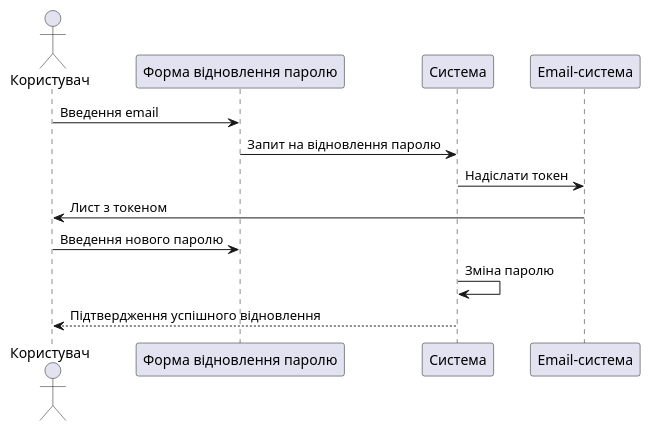
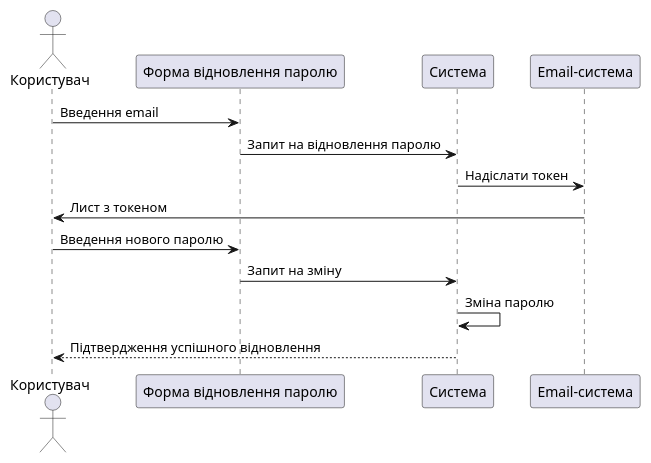
One commit to qweitqx/BD-lab66 changed the eighth of 13 diagrams in docs/use cases/README.md. Above: the diagram before and after it, drawn with PlantUML. The commit also changed other lines of this file, not shown here.

```diff
--- a/docs/use cases/README.md
+++ b/docs/use cases/README.md
@@ -347,14 +347,15 @@
 @startuml
 actor Користувач
 participant "Форма відновлення паролю" as ResetForm
 participant "Система" as System
 participant "Email-система" as EmailSystem
 
 Користувач -> ResetForm : Введення email
 ResetForm -> System : Запит на відновлення паролю
 System -> EmailSystem : Надіслати токен
 EmailSystem -> Користувач : Лист з токеном
 Користувач -> ResetForm : Введення нового паролю
+ResetForm -> System : Запит на зміну
 System -> System : Зміна паролю
 System --> Користувач : Підтвердження успішного відновлення
 @enduml
```
